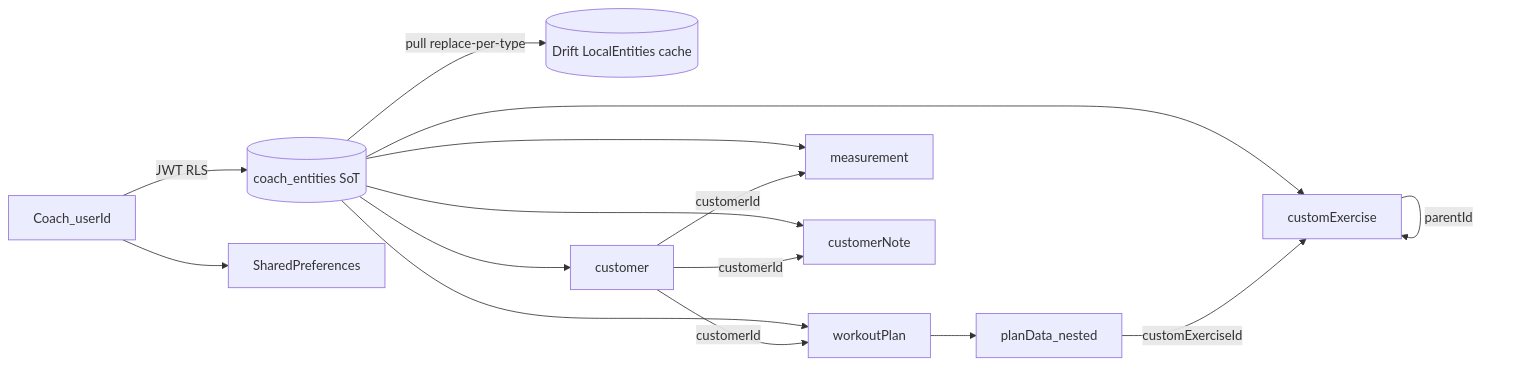
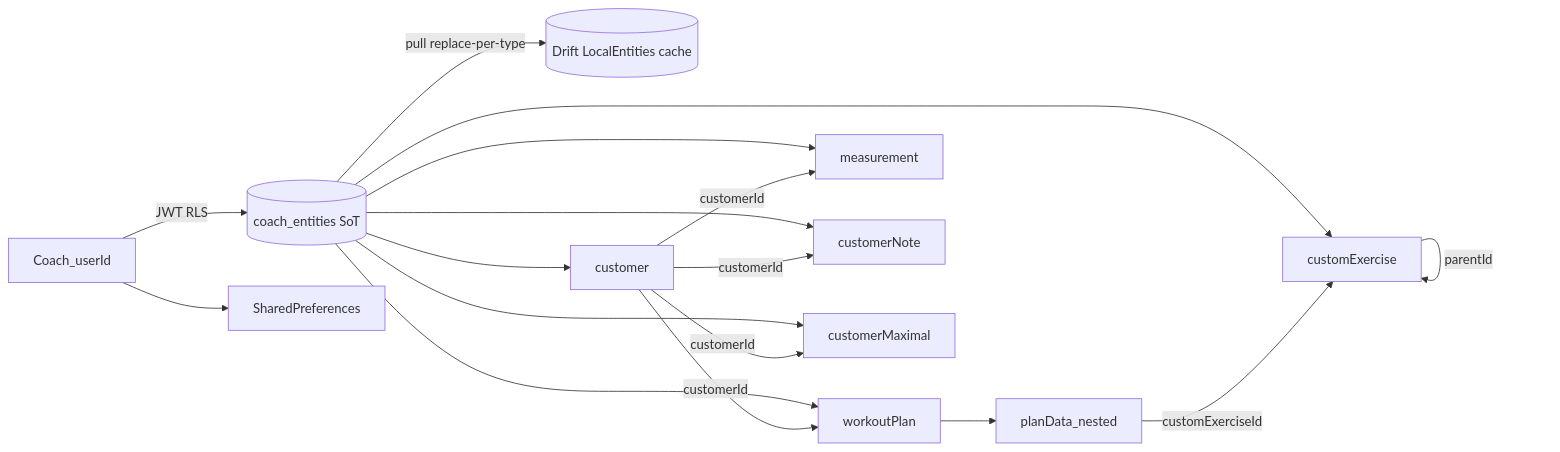
The second of 2 diagrams in docs/data-catalog.md (edar-dev/powercoach-studio), drawn with Mermaid before and after one commit. The commit also changed other lines of this file and 13 other files, not shown here.

First line of the commit message:
feat(customers): add customerMaximal entity (massimali PR2) (#212)

````diff
--- a/docs/data-catalog.md
+++ b/docs/data-catalog.md
@@ -117,27 +121,30 @@
 ```mermaid
 flowchart LR
   Coach[Coach_userId]
   Cloud[(coach_entities SoT)]
   Cache[(Drift LocalEntities cache)]
   Prefs[SharedPreferences]
   Customer[customer]
   Plan[workoutPlan]
   Meas[measurement]
   Note[customerNote]
+  Maximal[customerMaximal]
   CustEx[customExercise]
   PlanData[planData_nested]
   Coach -->|JWT RLS| Cloud
   Cloud -->|pull replace-per-type| Cache
   Coach --> Prefs
   Cloud --> Customer
   Cloud --> Plan
   Cloud --> Meas
   Cloud --> Note
+  Cloud --> Maximal
   Cloud --> CustEx
   Customer -->|customerId| Plan
   Customer -->|customerId| Meas
   Customer -->|customerId| Note
+  Customer -->|customerId| Maximal
   CustEx -->|parentId| CustEx
   Plan --> PlanData
   PlanData -->|customExerciseId| CustEx
 ```
````
